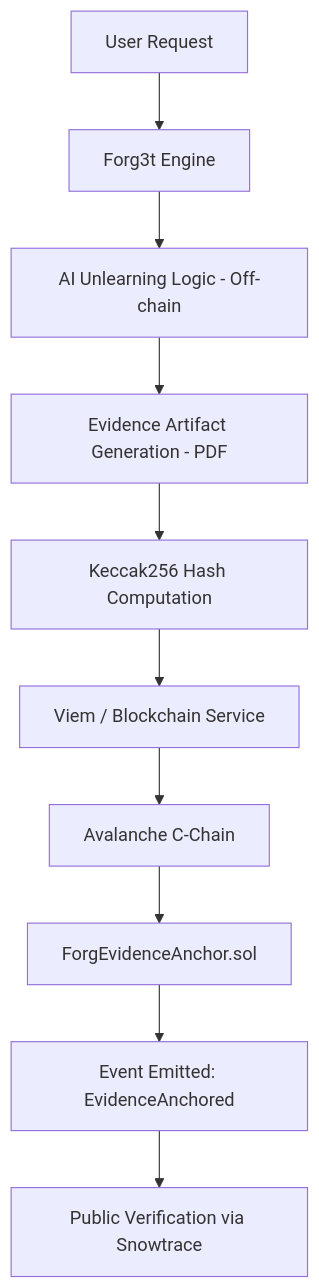
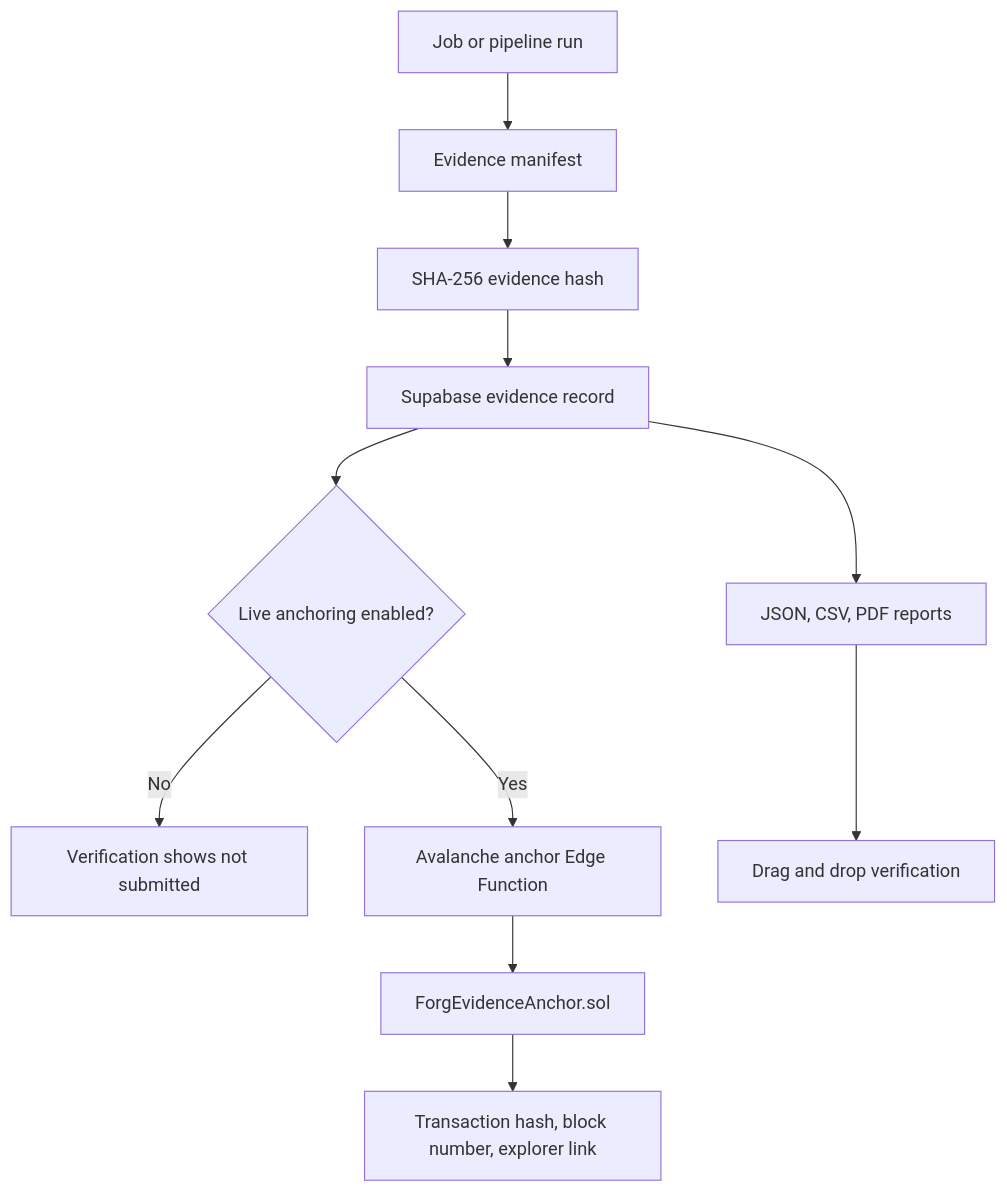
The diagram in README.md (Alvinagile/Forg3t-Avax), drawn with Mermaid before and after one commit. The commit also changed other lines of this file and 148 other files, not shown here.

Commit message:
chore: publish avalanche phase 2 evidence package

````diff
--- a/README.md
+++ b/README.md
@@ -37,12 +21,13 @@
 ```mermaid
 graph TD
-    A[User Request] --> B[Forg3t Engine]
-    B --> C[AI Unlearning Logic - Off-chain]
-    C --> D[Evidence Artifact Generation - PDF]
-    D --> E[Keccak256 Hash Computation]
-    E --> F[Viem / Blockchain Service]
-    F --> G[Avalanche C-Chain]
+    A[Job or pipeline run] --> B[Evidence manifest]
+    B --> C[SHA-256 evidence hash]
+    C --> D[Supabase evidence record]
+    D --> E{Live anchoring enabled?}
+    E -->|No| F[Verification shows not submitted]
+    E -->|Yes| G[Avalanche anchor Edge Function]
     G --> H[ForgEvidenceAnchor.sol]
-    H --> I[Event Emitted: EvidenceAnchored]
-    I --> J[Public Verification via Snowtrace]
+    H --> I[Transaction hash, block number, explorer link]
+    D --> J[JSON, CSV, PDF reports]
+    J --> K[Drag and drop verification]
 ```
````
